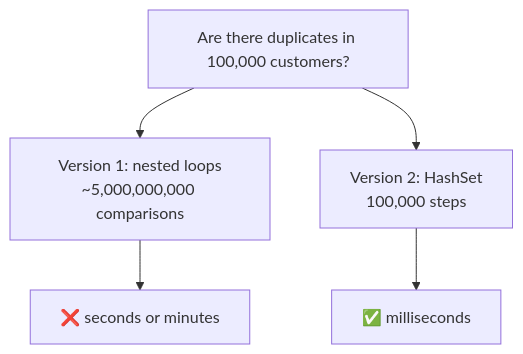
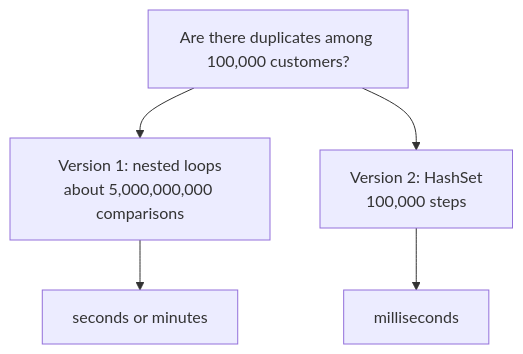
Before and after one commit to callasalvatore/csharp-algorithms: the fifth of 12 diagrams in lessons/00-big-o/README.md, drawn with Mermaid. The commit also changed other lines of this file and 4 other files, not shown here.

````diff
--- a/lessons/00-big-o/README.md
+++ b/lessons/00-big-o/README.md
@@ -261,8 +238,8 @@
 ```mermaid
 flowchart TB
-    Q["Are there duplicates in 100,000 customers?"]
-    Q --> V1["Version 1: nested loops<br/>~5,000,000,000 comparisons"]
+    Q["Are there duplicates among 100,000 customers?"]
+    Q --> V1["Version 1: nested loops<br/>about 5,000,000,000 comparisons"]
     Q --> V2["Version 2: HashSet<br/>100,000 steps"]
-    V1 --> R1["❌ seconds or minutes"]
-    V2 --> R2["✅ milliseconds"]
+    V1 --> R1["seconds or minutes"]
+    V2 --> R2["milliseconds"]
 ```
````
